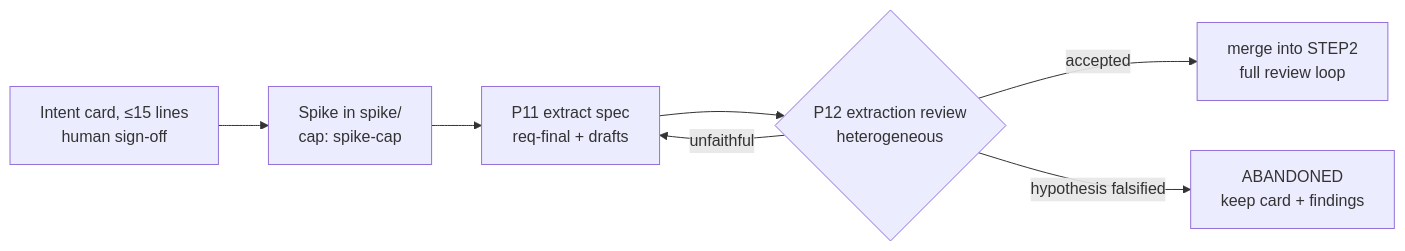
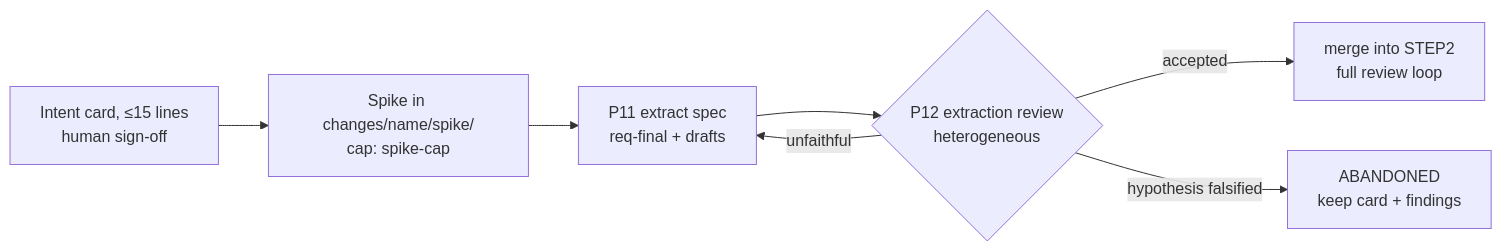
The first of 2 diagrams in docs/concepts.md (Apriorhythm/apriori-spec-development), drawn with Mermaid before and after one commit. The commit also changed other lines of this file and 29 other files, not shown here.

````diff
--- a/docs/concepts.md
+++ b/docs/concepts.md
@@ -264,9 +264,9 @@
 ```mermaid
 graph LR
-    IC[Intent card, ≤15 lines<br/>human sign-off] --> SP[Spike in spike/<br/>cap: spike-cap]
+    IC[Intent card, ≤15 lines<br/>human sign-off] --> SP[Spike in changes/name/spike/<br/>cap: spike-cap]
     SP --> P11[P11 extract spec<br/>req-final + drafts]
     P11 --> P12{P12 extraction review<br/>heterogeneous}
     P12 -- accepted --> S2[merge into STEP2<br/>full review loop]
     P12 -- unfaithful --> P11
     P12 -- hypothesis falsified --> AB[ABANDONED<br/>keep card + findings]
 ```
````
